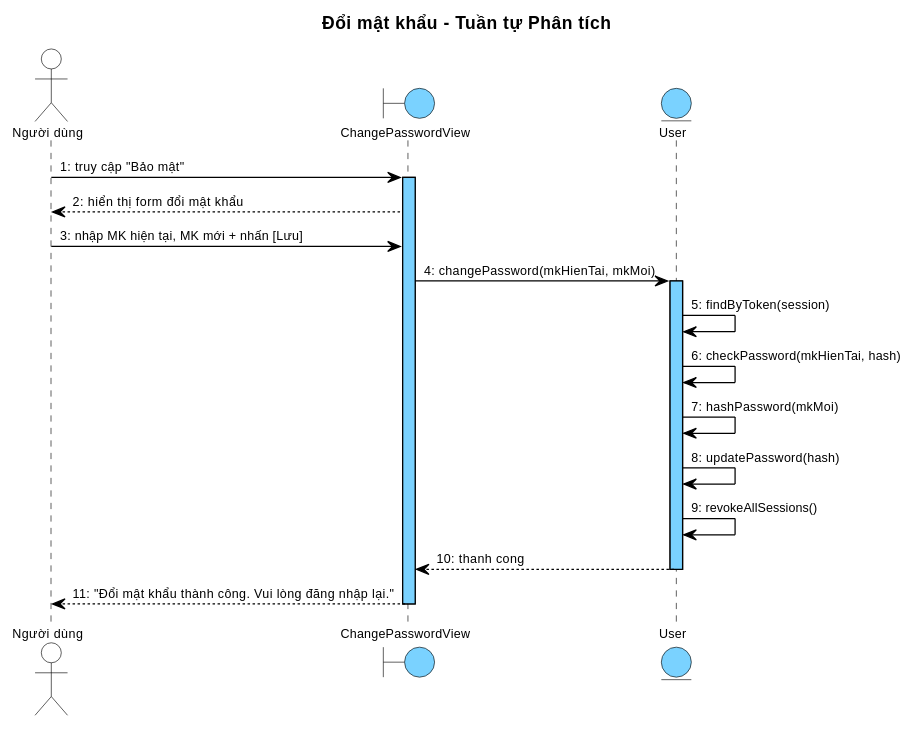
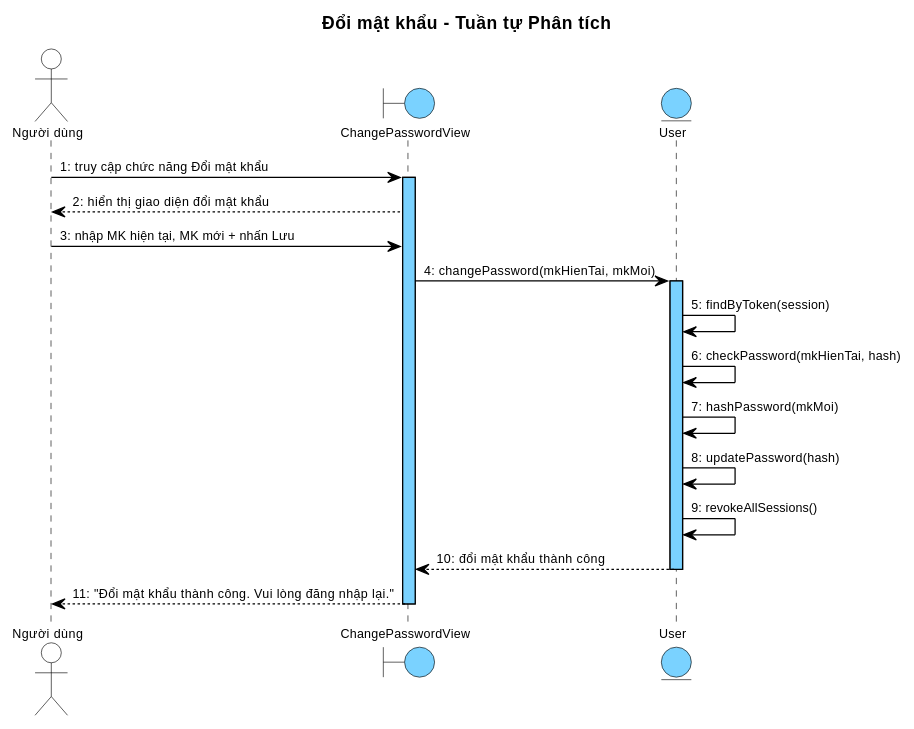
The fifth of 7 diagrams in docs/tabs/section-account-ii.md (thanhtrnnn/cnpm), drawn with PlantUML before and after one commit. The commit also changed other lines of this file and 17 other files, not shown here.

First line of the commit message:
feat: deep audit Pha I+II theo skill cnpm — Ngoại lệ, entity diagram, class diagram

````diff
--- a/docs/tabs/section-account-ii.md
+++ b/docs/tabs/section-account-ii.md
@@ -369,74 +555,74 @@
 ```plantuml
 @startuml
 skinparam shadowing false
 skinparam SequenceMessageAlign left
 
 skinparam SequenceLifeLineBackgroundColor #7AD2FF
 skinparam SequenceLifeLineBorderColor #000000
 
 <style>
 sequenceDiagram {
   Shadowing 0
   RoundCorner 0
   FontName "Arial"
   FontSize 10
   FontColor #000000
 
   participant {
     BackgroundColor #7AD2FF
     LineColor #000000
     LineThickness 1
   }
 
   actor {
     BackgroundColor transparent
     LineColor #000000
   }
   boundary {
     BackgroundColor #7AD2FF
     LineColor #000000
   }
   control {
     BackgroundColor #7AD2FF
     LineColor #000000
   }
   entity {
     BackgroundColor #7AD2FF
     LineColor #000000
   }
 
   lifeline {
     LineColor #000000
     LineStyle 5-5
   }
 
   arrow {
     LineColor #000000
     LineThickness 1
     FontSize 10
   }
 }
 </style>
 title Đổi mật khẩu – Tuần tự Phân tích
 
 actor "Người dùng" as ND
 boundary ChangePasswordView as B1
 entity User as E1
 
-ND -> B1 : 1: truy cập "Bảo mật"
+ND -> B1 : 1: truy cập chức năng Đổi mật khẩu
 activate B1
-B1 --> ND : 2: hiển thị form đổi mật khẩu
-ND -> B1 : 3: nhập MK hiện tại, MK mới + nhấn [Lưu]
+B1 --> ND : 2: hiển thị giao diện đổi mật khẩu
+ND -> B1 : 3: nhập MK hiện tại, MK mới + nhấn Lưu
 B1 -> E1 : 4: changePassword(mkHienTai, mkMoi)
 activate E1
 E1 -> E1 : 5: findByToken(session)
 E1 -> E1 : 6: checkPassword(mkHienTai, hash)
 E1 -> E1 : 7: hashPassword(mkMoi)
 E1 -> E1 : 8: updatePassword(hash)
 E1 -> E1 : 9: revokeAllSessions()
-E1 --> B1 : 10: thanh cong
+E1 --> B1 : 10: đổi mật khẩu thành công
 deactivate E1
 B1 --> ND : 11: "Đổi mật khẩu thành công. Vui lòng đăng nhập lại."
 deactivate B1
 @enduml
 ```
````
